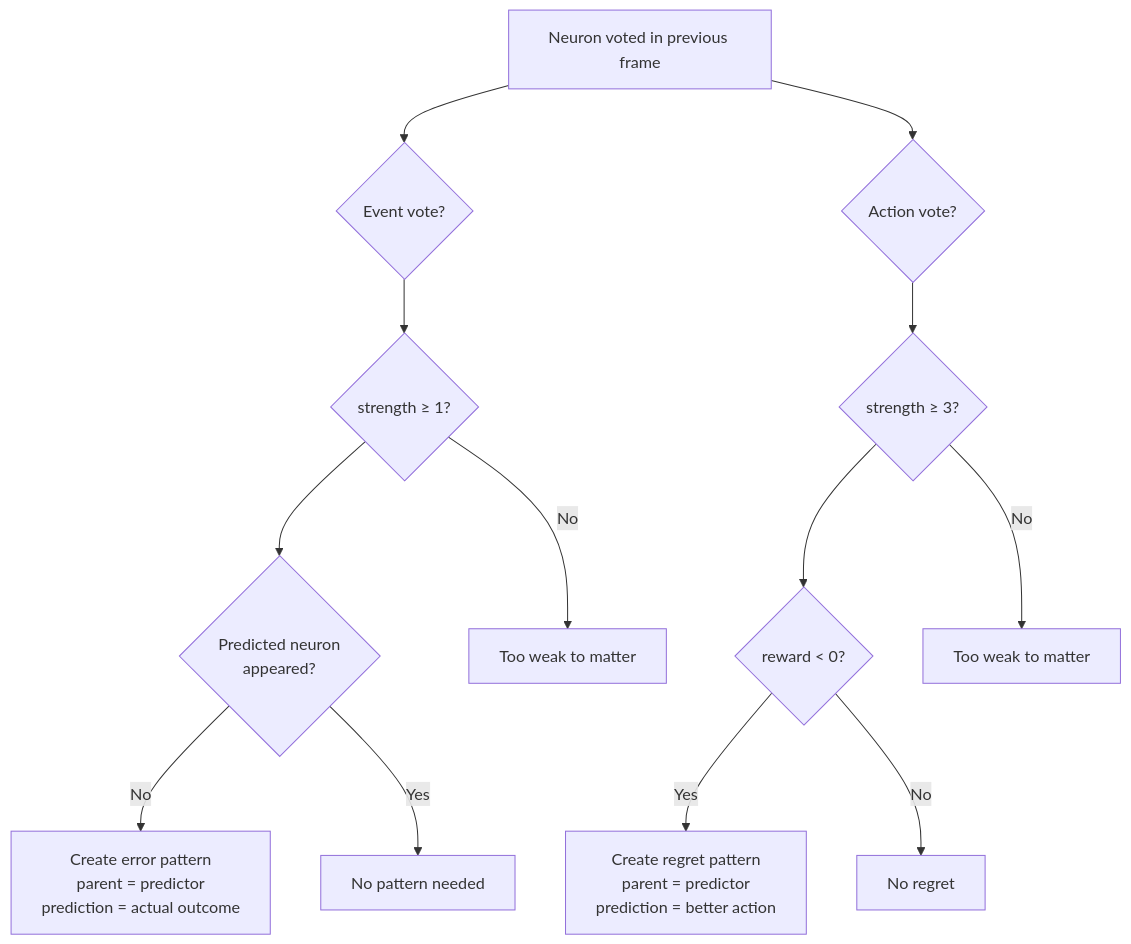
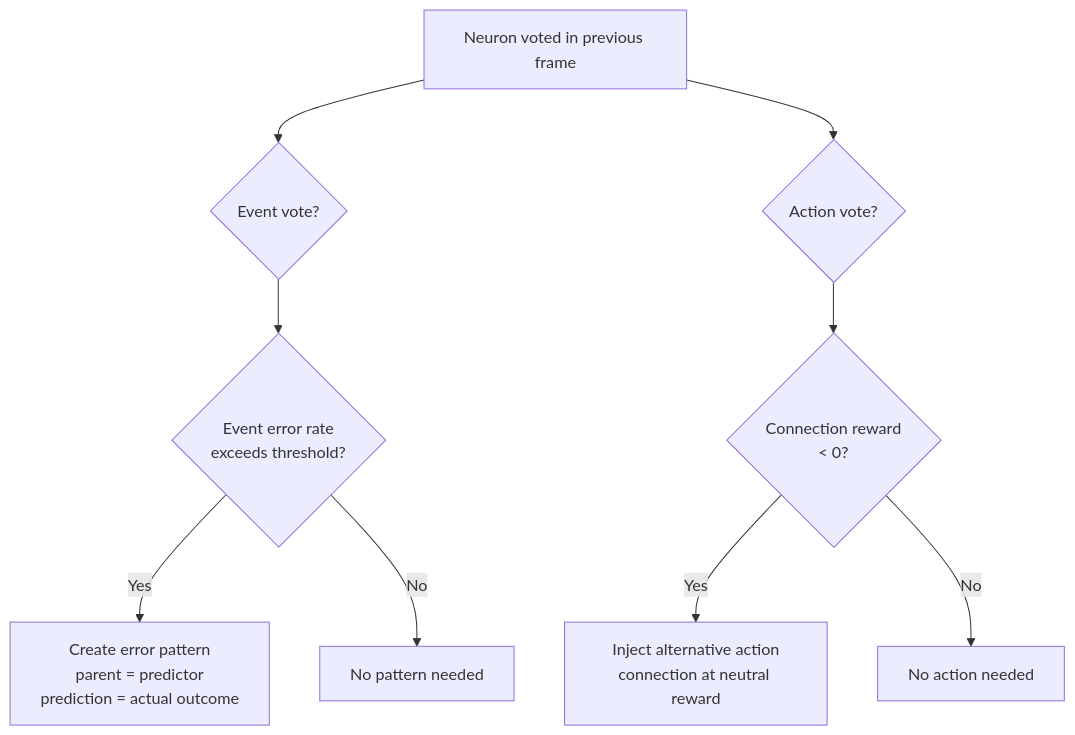
Before and after one commit to cucar/robot_brain: the first of 3 diagrams in docs/error-driven-learning.md, drawn with Mermaid. The commit also changed other lines of this file and 4 other files, not shown here.

````diff
--- a/docs/error-driven-learning.md
+++ b/docs/error-driven-learning.md
@@ -62,16 +64,12 @@
 ```mermaid
 flowchart TD
     V["Neuron voted in previous frame"]
     V --> ET{"Event vote?"}
     V --> AT{"Action vote?"}
-    ET --> ES{"strength ≥ 1?"}
-    ES --> EP{"Predicted neuron<br/>appeared?"}
-    EP -- "No" --> CREATE1["Create error pattern<br/>parent = predictor<br/>prediction = actual outcome"]
-    EP -- "Yes" --> SKIP1["No pattern needed"]
-    ES -- "No" --> SKIP2["Too weak to matter"]
-    AT --> AS{"strength ≥ 3?"}
-    AS --> AR{"reward < 0?"}
-    AR -- "Yes" --> CREATE2["Create regret pattern<br/>parent = predictor<br/>prediction = better action"]
-    AR -- "No" --> SKIP3["No regret"]
-    AS -- "No" --> SKIP4["Too weak to matter"]
+    ET --> EE{"Event error rate<br/>exceeds threshold?"}
+    EE -- "Yes" --> CREATE["Create error pattern<br/>parent = predictor<br/>prediction = actual outcome"]
+    EE -- "No" --> SKIP1["No pattern needed"]
+    AT --> AR{"Connection reward<br/>< 0?"}
+    AR -- "Yes" --> ALT["Inject alternative action<br/>connection at neutral reward"]
+    AR -- "No" --> SKIP2["No action needed"]
 ```
````
